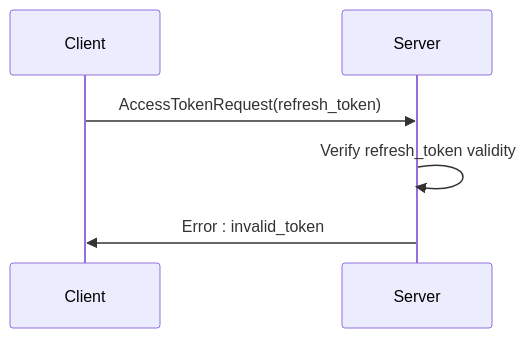
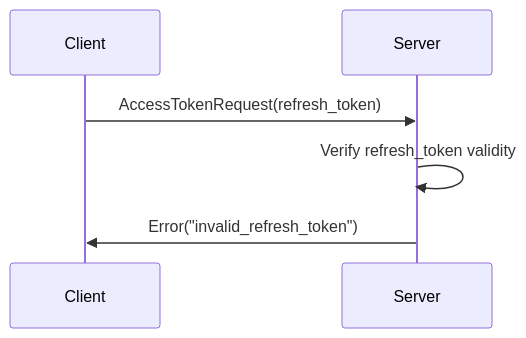
One commit to adimian/kova changed the seventh of 11 diagrams in kova/authentication/docs.md. Above: the diagram before and after it, drawn with Mermaid. The commit also changed other lines of this file and 33 other files, not shown here.

````diff
--- a/kova/authentication/docs.md
+++ b/kova/authentication/docs.md
@@ -68,6 +79,6 @@
 ```mermaid
 sequenceDiagram
     Client ->> Server: AccessTokenRequest(refresh_token)
     Server ->> Server: Verify refresh_token validity
-    Server ->> Client: Error : invalid_token
+    Server ->> Client: Error("invalid_refresh_token")
 ```
````
